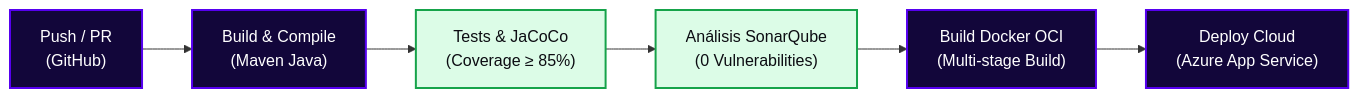
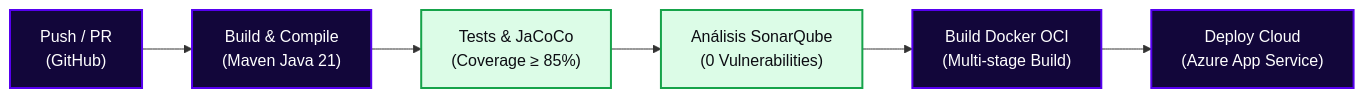
Before and after one commit to StyleRadar1/CADCHE-Stores-Service: the third of 4 diagrams in README.md, drawn with Mermaid. The commit also changed other lines of this file and 17 other files, not shown here.

Commit message:
chore(audit): align Java 21 LTS, UML diagrams, README, RabbitMQ health and CI/CD

````diff
--- a/README.md
+++ b/README.md
@@ -1081,14 +1010,14 @@
 ```mermaid
 flowchart LR
-    A["Push / PR<br>(GitHub)"] --> B["Build & Compile<br>(Maven Java)"]
+    A["Push / PR<br>(GitHub)"] --> B["Build & Compile<br>(Maven Java 21)"]
     B --> C["Tests & JaCoCo<br>(Coverage ≥ 85%)"]
     C --> D["Análisis SonarQube<br>(0 Vulnerabilities)"]
     D --> E["Build Docker OCI<br>(Multi-stage Build)"]
     E --> F["Deploy Cloud<br>(Azure App Service)"]
 
     classDef step fill:#12063A,stroke:#5600EF,stroke-width:2px,color:#FFFFFF;
     classDef pass fill:#DCFCE7,stroke:#16A34A,stroke-width:2px,color:#0C0C12;
 
     class A,B,E,F step;
     class C,D pass;
 ```
````
